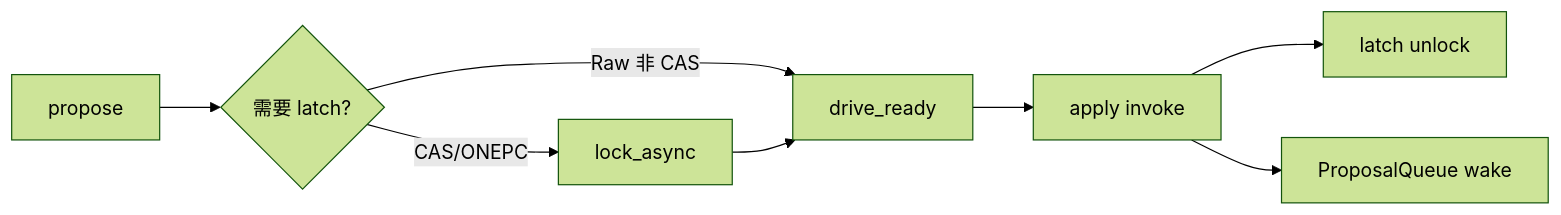
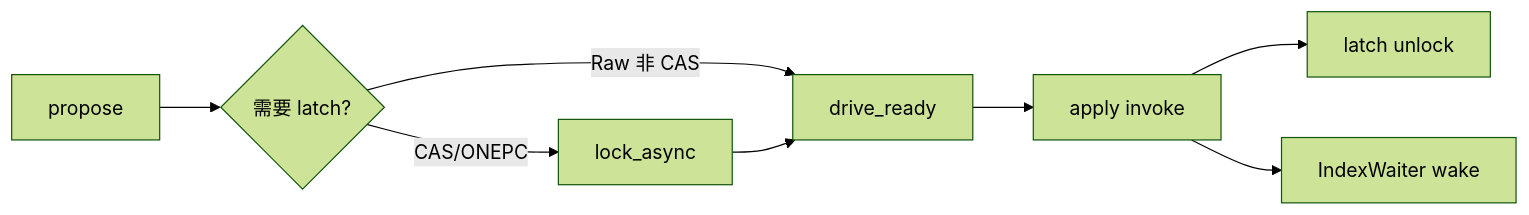
Before and after one commit to devotionalist/openkv: the diagram in docs/flows/19-architecture-hardening.md, drawn with Mermaid (forest theme). The commit also changed other lines of this file and 196 other files, not shown here.

````diff
--- a/docs/flows/19-architecture-hardening.md
+++ b/docs/flows/19-architecture-hardening.md
@@ -30,10 +30,10 @@
 ```mermaid
 flowchart LR
   P[propose] --> L{需要 latch?}
   L -->|Raw 非 CAS| R[drive_ready]
   L -->|CAS/ONEPC| LA[lock_async]
   LA --> R
   R --> A[apply invoke]
   A --> U[latch unlock]
-  A --> W[ProposalQueue wake]
+  A --> W[IndexWaiter wake]
 ```
````
